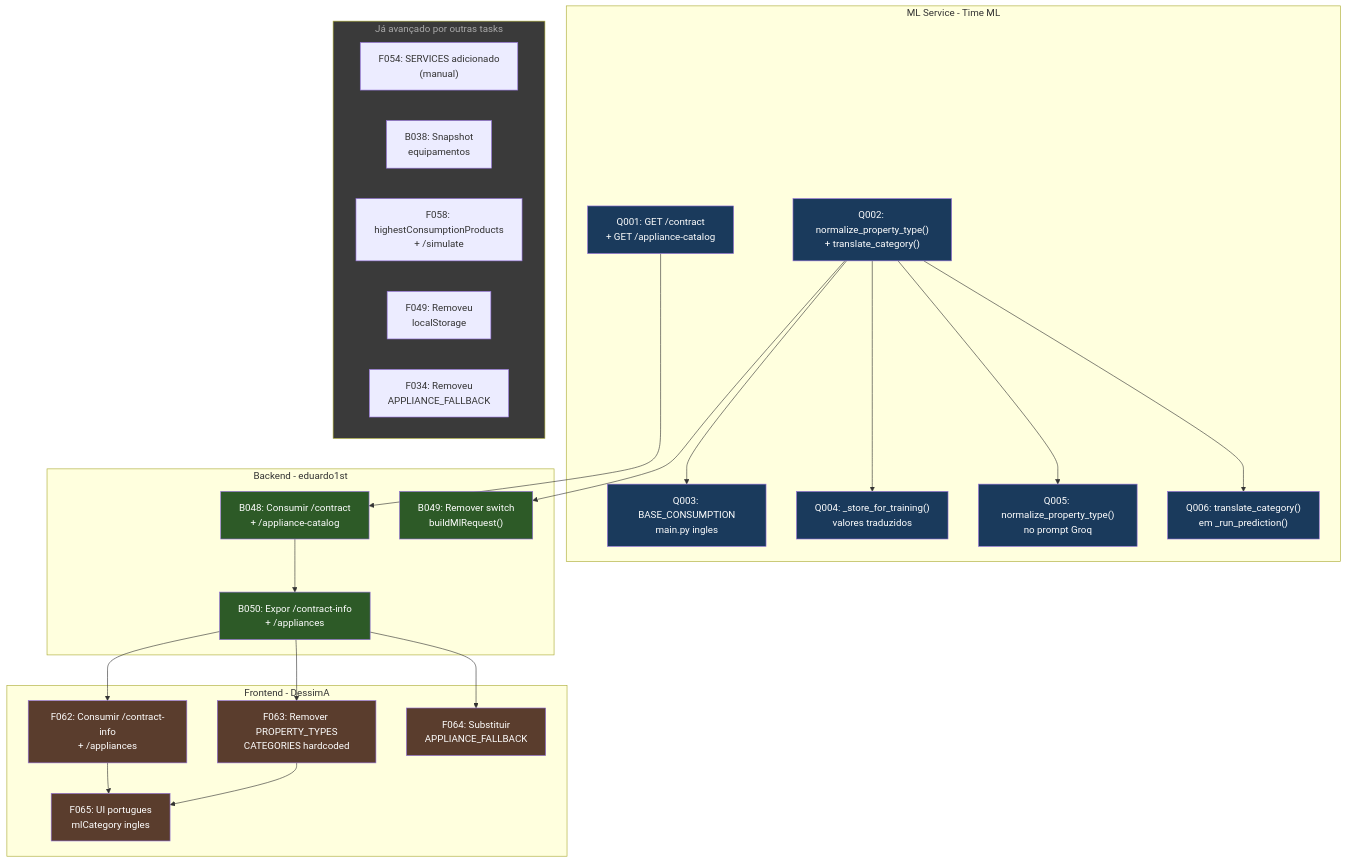
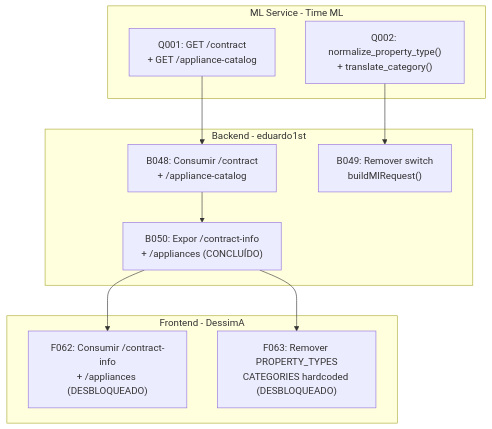
The diagram in docs/adr/0044-impacto-tasks-concluidas-adrs-27-28.md (No-Country-simulation/G9-BR-TEAM-18), drawn with Mermaid before and after one commit. The commit also changed other lines of this file, not shown here.

````diff
--- a/docs/adr/0044-impacto-tasks-concluidas-adrs-27-28.md
+++ b/docs/adr/0044-impacto-tasks-concluidas-adrs-27-28.md
@@ -62,54 +54,23 @@
 ```mermaid
 flowchart TD
     subgraph ML[ML Service - Time ML]
         Q001["Q001: GET /contract<br/>+ GET /appliance-catalog"]
         Q002["Q002: normalize_property_type()<br/>+ translate_category()"]
-        Q003["Q003: BASE_CONSUMPTION<br/>main.py ingles"]
-        Q004["Q004: _store_for_training()<br/>valores traduzidos"]
-        Q005["Q005: normalize_property_type()<br/>no prompt Groq"]
-        Q006["Q006: translate_category()<br/>em _run_prediction()"]
     end
 
     subgraph BE[Backend - eduardo1st]
         B048["B048: Consumir /contract<br/>+ /appliance-catalog"]
         B049["B049: Remover switch<br/>buildMlRequest()"]
-        B050["B050: Expor /contract-info<br/>+ /appliances"]
+        B050["B050: Expor /contract-info<br/>+ /appliances (CONCLUÍDO)"]
     end
 
     subgraph FE[Frontend - DessimA]
-        F062["F062: Consumir /contract-info<br/>+ /appliances"]
-        F063["F063: Remover PROPERTY_TYPES<br/>CATEGORIES hardcoded"]
-        F064["F064: Substituir<br/>APPLIANCE_FALLBACK"]
-        F065["F065: UI portugues<br/>mlCategory ingles"]
-    end
-
-    subgraph JA["Já avançado por outras tasks"]
-        F054["F054: SERVICES adicionado<br/>(manual)"]
-        B038["B038: Snapshot<br/>equipamentos"]
-        F058["F058: highestConsumptionProducts<br/>+ /simulate"]
-        F049["F049: Removeu<br/>localStorage"]
-        F034["F034: Removeu<br/>APPLIANCE_FALLBACK"]
+        F062["F062: Consumir /contract-info<br/>+ /appliances (DESBLOQUEADO)"]
+        F063["F063: Remover PROPERTY_TYPES<br/>CATEGORIES hardcoded (DESBLOQUEADO)"]
     end
 
     Q001 --> B048
-    Q002 --> Q003 & Q004 & Q005 & Q006
     Q002 --> B049
     B048 --> B050
-    B050 --> F062 & F063 & F064
-    F062 & F063 --> F065
-
-    style Q001 fill:#1a3a5c,color:#fff
-    style Q002 fill:#1a3a5c,color:#fff
-    style Q003 fill:#1a3a5c,color:#fff
-    style Q004 fill:#1a3a5c,color:#fff
-    style Q005 fill:#1a3a5c,color:#fff
-    style Q006 fill:#1a3a5c,color:#fff
-    style B048 fill:#2d5a27,color:#fff
-    style B049 fill:#2d5a27,color:#fff
-    style B050 fill:#2d5a27,color:#fff
-    style F062 fill:#5a3d2d,color:#fff
-    style F063 fill:#5a3d2d,color:#fff
-    style F064 fill:#5a3d2d,color:#fff
-    style F065 fill:#5a3d2d,color:#fff
-    style JA fill:#3a3a3a,color:#aaa
+    B050 --> F062 & F063
 ```
````
